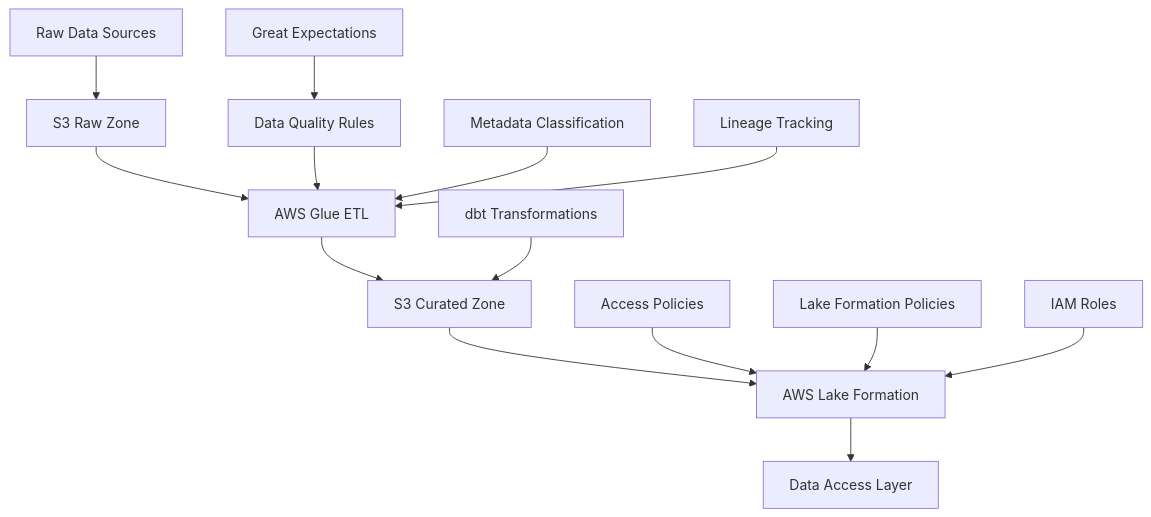
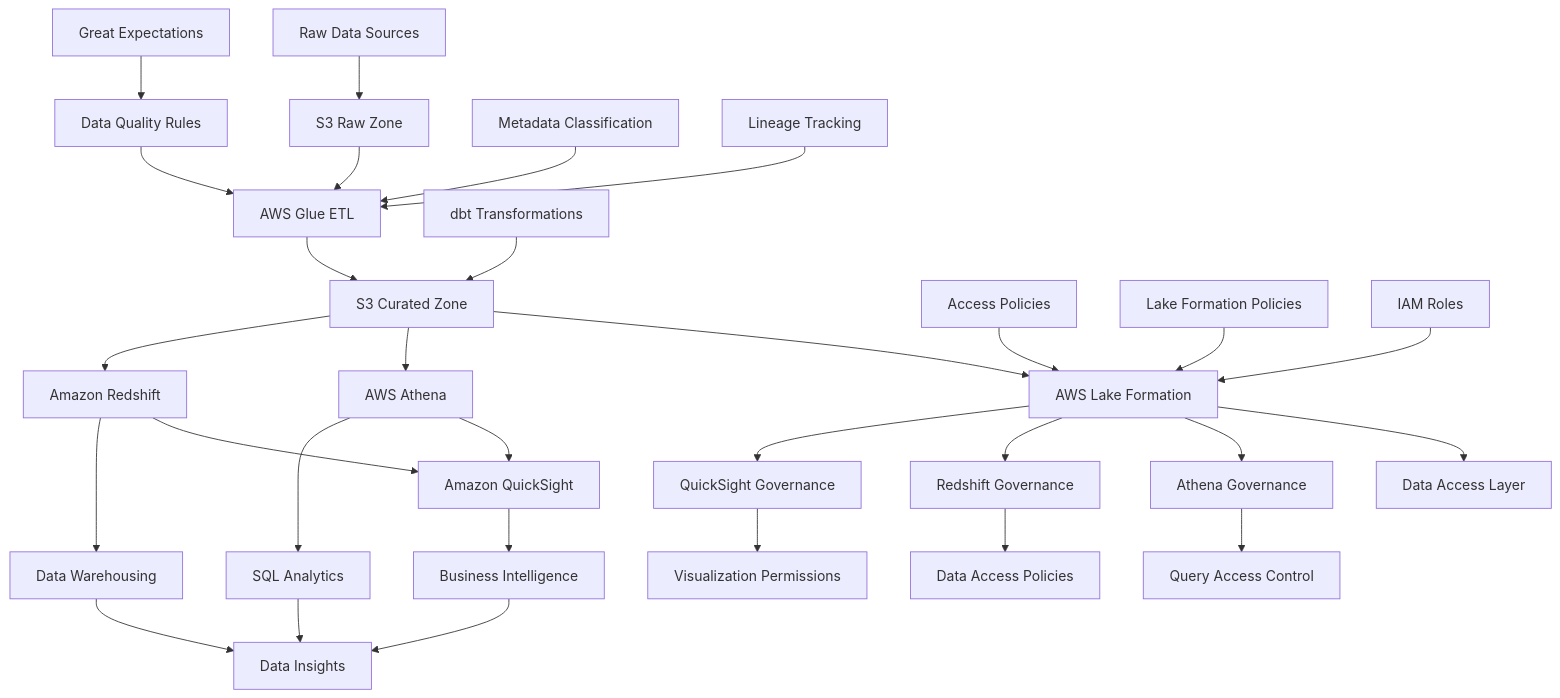
Before and after one commit to dilli-data/Data-Governance-Framework: the diagram in README.md, drawn with Mermaid. The commit also changed other lines of this file, not shown here.

````diff
--- a/README.md
+++ b/README.md
@@ -8,18 +8,43 @@
 ```mermaid
 graph TD
     A[Raw Data Sources] --> B[S3 Raw Zone]
     B --> C[AWS Glue ETL]
     C --> D[S3 Curated Zone]
     D --> E[AWS Lake Formation]
     E --> F[Data Access Layer]
     
     G[Data Quality Rules] --> C
     H[Access Policies] --> E
     I[Metadata Classification] --> C
     J[Lineage Tracking] --> C
     
     K[dbt Transformations] --> D
     L[Great Expectations] --> G
     M[Lake Formation Policies] --> E
     N[IAM Roles] --> E
+
+    %% Analytics and Visualization Layer
+    D --> O[AWS Athena]
+    D --> P[Amazon Redshift]
+    O --> Q[Amazon QuickSight]
+    P --> Q
+    
+    %% Data Processing and Transformation
+    O --> R[SQL Analytics]
+    P --> S[Data Warehousing]
+    Q --> T[Business Intelligence]
+    
+    %% Integration Points
+    R --> U[Data Insights]
+    S --> U
+    T --> U
+
+    %% Governance Controls
+    E --> V[Athena Governance]
+    E --> W[Redshift Governance]
+    E --> X[QuickSight Governance]
+    
+    V --> Y[Query Access Control]
+    W --> Z[Data Access Policies]
+    X --> AA[Visualization Permissions]
 ```
````
